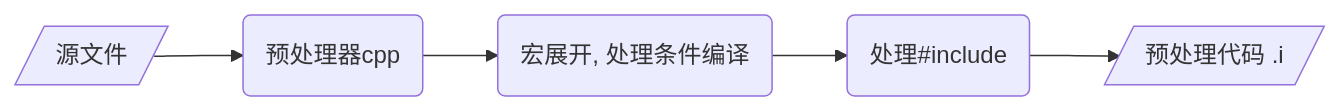
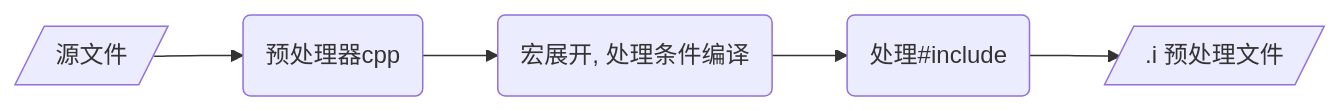
The second of 7 diagrams in _posts/c_c++/compile/2021-06-15-编译过程.md (dmjcb/dmjcb.github.io), drawn with Mermaid before and after one commit. The commit also changed other lines of this file and 6 other files, not shown here.

````diff
--- a/_posts/c_c++/compile/2021-06-15-编译过程.md
+++ b/_posts/c_c++/compile/2021-06-15-编译过程.md
@@ -41,4 +45,4 @@
 ```mermaid
 graph LR;
-    P[/源文件/]-->A(预处理器cpp)-->B(宏展开, 处理条件编译)--> D(处理#include)-->I[/预处理代码 .i/]
+    P[/源文件/]-->A(预处理器cpp)-->B(宏展开, 处理条件编译)--> D(处理#include)-->I[/.i 预处理文件 /]
 ```
````
